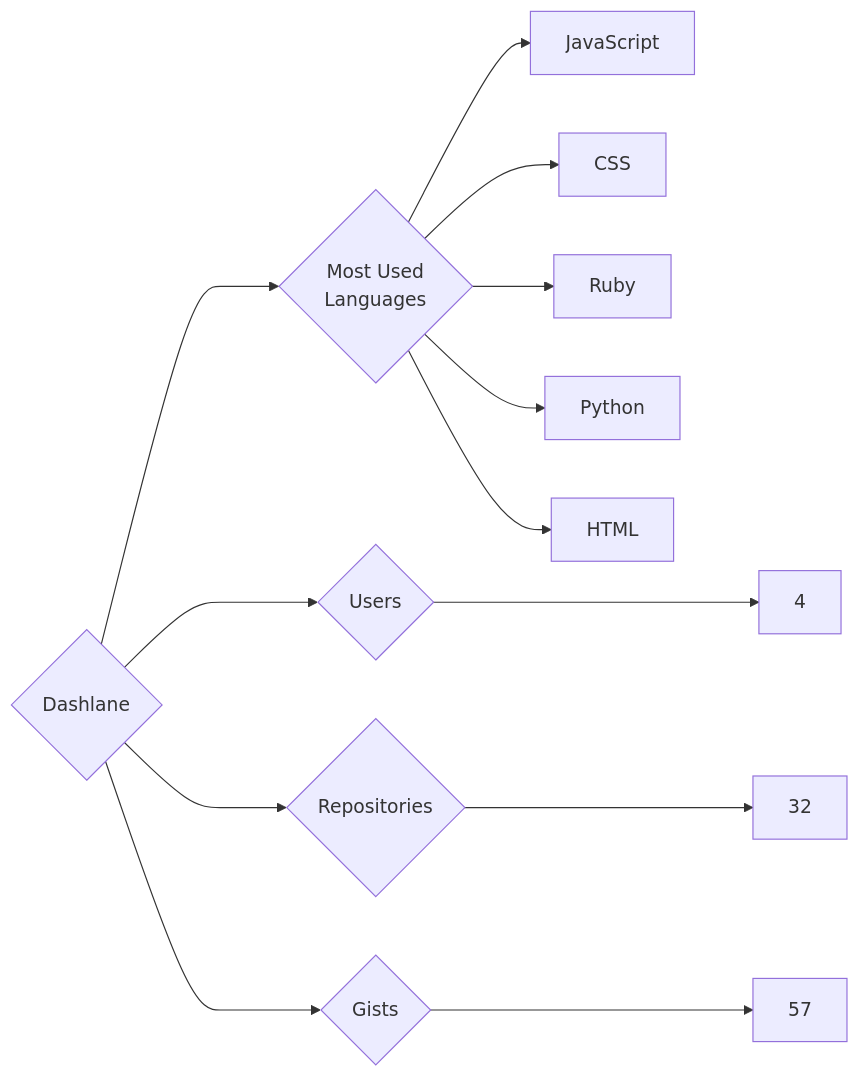
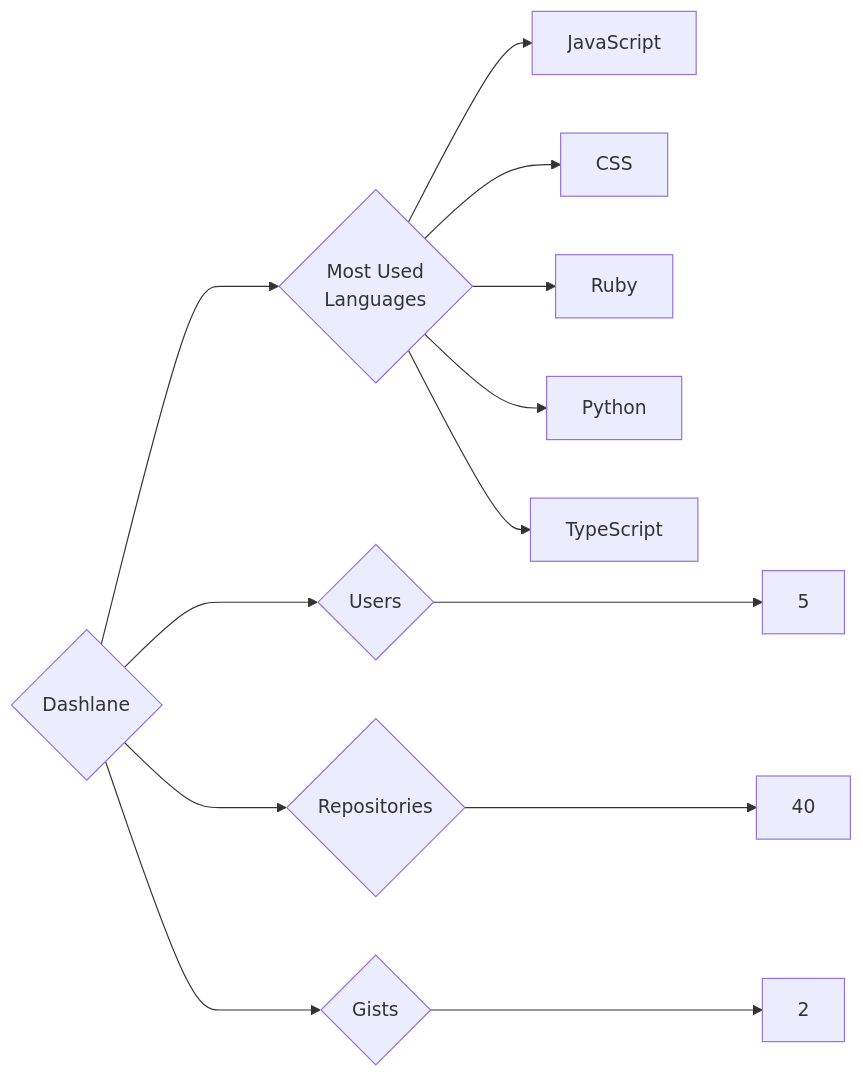
The diagram in targets/Dashlane/README.md (trickest/insiders), drawn with Mermaid before and after one commit. The commit also changed 1036 other files, not shown here.

````diff
--- a/targets/Dashlane/README.md
+++ b/targets/Dashlane/README.md
@@ -3,13 +3,13 @@
 ```mermaid
 graph LR
 COMPANY_NAME{Dashlane}
-COMPANY_NAME ---> U{Users} ---> UN[4]
-COMPANY_NAME ---> R{Repositories} ---> RN[32]
-COMPANY_NAME ---> G{Gists} ---> GN[57]
+COMPANY_NAME ---> U{Users} ---> UN[5]
+COMPANY_NAME ---> R{Repositories} ---> RN[40]
+COMPANY_NAME ---> G{Gists} ---> GN[2]
 COMPANY_NAME ---> ML{Most Used<br>Languages}
 ML --> JavaScript[JavaScript]
 ML --> CSS[CSS]
 ML --> Ruby[Ruby]
 ML --> Python[Python]
-ML --> HTML[HTML]
+ML --> TypeScript[TypeScript]
 ```
````
